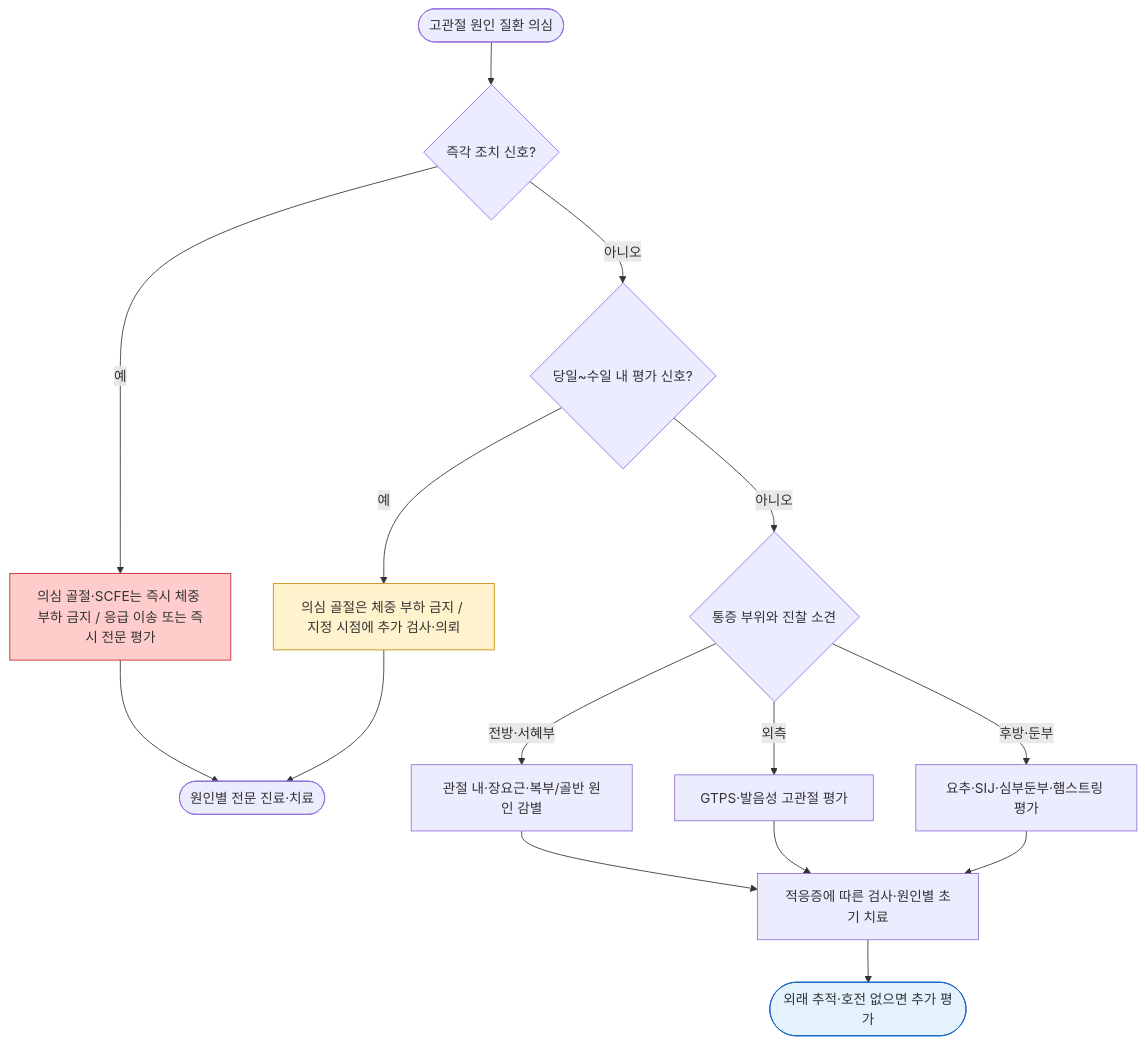
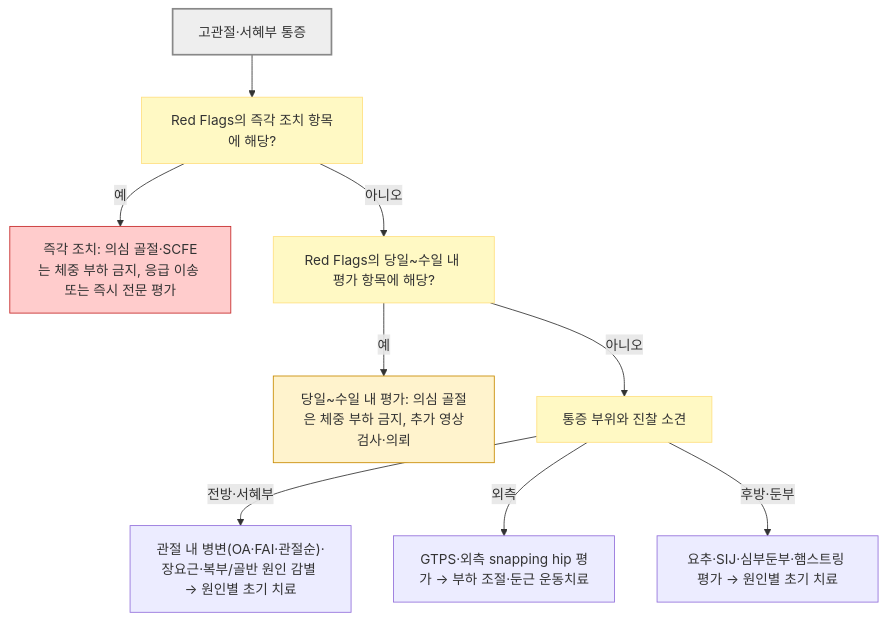
The diagram in 228_/143_-hip-pain.md (familyoh77/familyoh77), drawn with Mermaid before and after one commit. The commit also changed other lines of this file and 10 other files, not shown here.

````diff
--- a/228_/143_-hip-pain.md
+++ b/228_/143_-hip-pain.md
@@ -249,20 +249,17 @@
 ```mermaid
 flowchart TD
-    Start(["고관절 원인 질환 의심"]) --> Emer{"즉각 조치 신호?"}
-    Emer -->|예| ER["의심 골절·SCFE는 즉시 체중 부하 금지 / 응급 이송 또는 즉시 전문 평가"]
-    Emer -->|아니오| Urgent{"당일~수일 내 평가 신호?"}
-    Urgent -->|예| Eval["의심 골절은 체중 부하 금지 / 지정 시점에 추가 검사·의뢰"]
-    ER --> End(["원인별 전문 진료·치료"])
-    Eval --> End
-    Urgent -->|아니오| Loc{"통증 부위와 진찰 소견"}
-    Loc -->|전방·서혜부| Ant["관절 내·장요근·복부/골반 원인 감별"]
-    Loc -->|외측| Lat["GTPS·발음성 고관절 평가"]
-    Loc -->|후방·둔부| Post["요추·SIJ·심부둔부·햄스트링 평가"]
-    Ant --> Plan["적응증에 따른 검사·원인별 초기 치료"]
-    Lat --> Plan
-    Post --> Plan
-    Plan --> Follow(["외래 추적·호전 없으면 추가 평가"])
-    style ER fill:#ffcccc,stroke:#c62828
-    style Eval fill:#fff3cd,stroke:#c88b00
-    style Follow fill:#e3f2fd,stroke:#1565c0
+    A["고관절·서혜부 통증"] --> B["Red Flags의 즉각 조치 항목에 해당?"]
+    B -- "예" --> C["즉각 조치: 의심 골절·SCFE는 체중 부하 금지, 응급 이송 또는 즉시 전문 평가"]
+    B -- "아니오" --> D["Red Flags의 당일~수일 내 평가 항목에 해당?"]
+    D -- "예" --> E["당일~수일 내 평가: 의심 골절은 체중 부하 금지, 추가 영상검사·의뢰"]
+    D -- "아니오" --> F["통증 부위와 진찰 소견"]
+    F -- "전방·서혜부" --> G["관절 내 병변(OA·FAI·관절순)·장요근·복부/골반 원인 감별 → 원인별 초기 치료"]
+    F -- "외측" --> H["GTPS·외측 snapping hip 평가 → 부하 조절·둔근 운동치료"]
+    F -- "후방·둔부" --> I["요추·SIJ·심부둔부·햄스트링 평가 → 원인별 초기 치료"]
+
+    classDef question fill:#fff9c4,stroke:#ffe082
+    class B,D,F question
+    style A fill:#eeeeee,stroke:#888888,stroke-width:2px
+    style C fill:#ffcccc,stroke:#c62828
+    style E fill:#fff3cd,stroke:#c88b00
 ```
````
